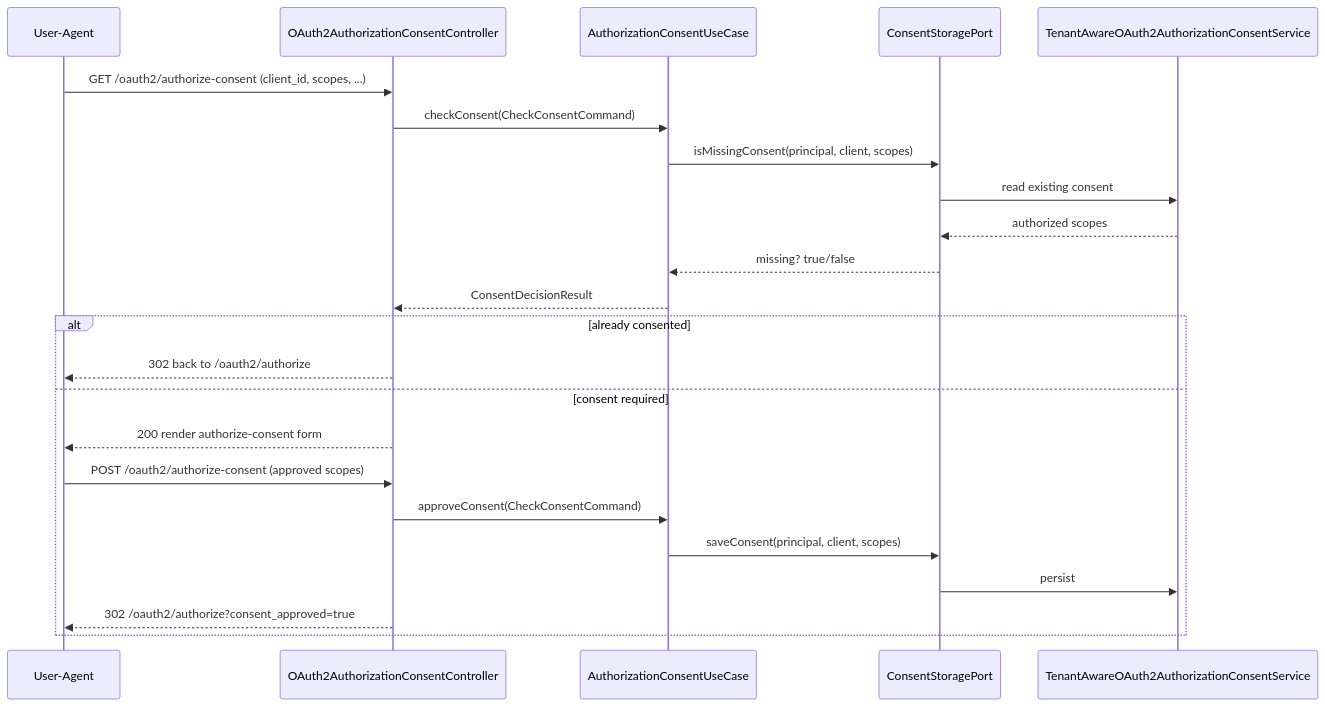
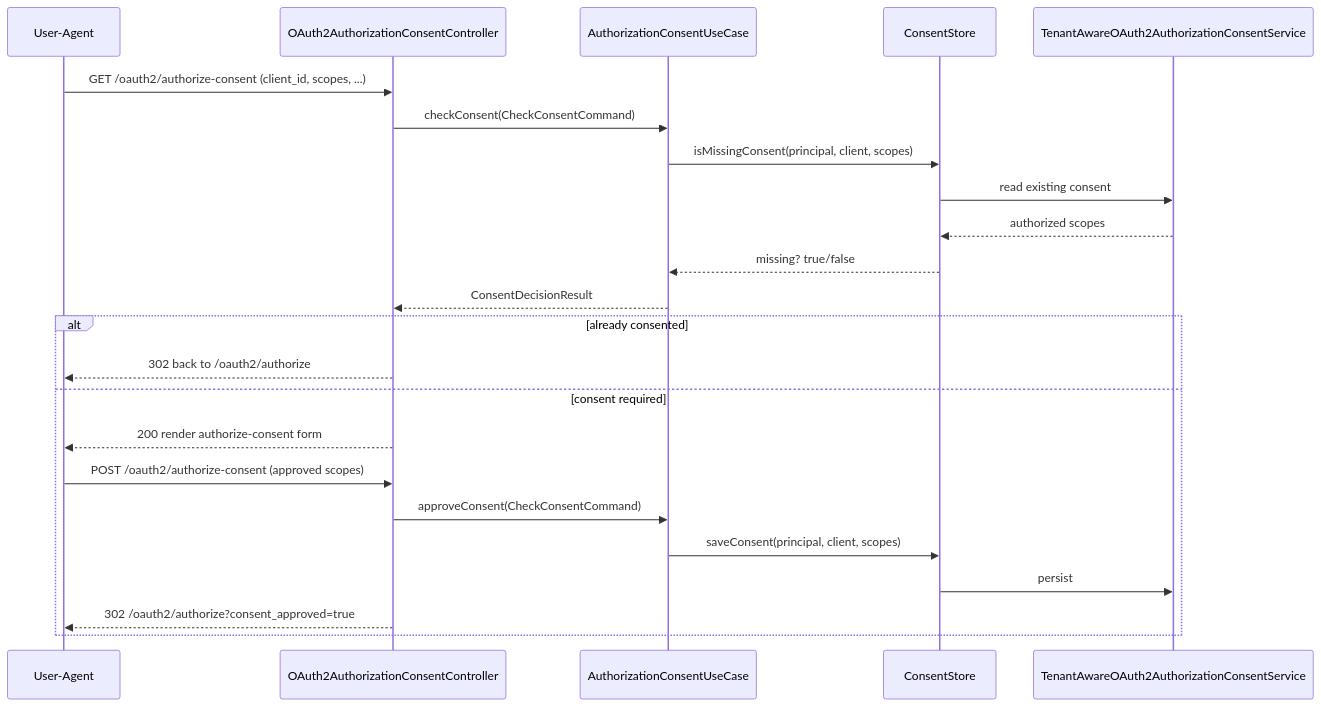
One commit to edmaputra/ed-auth changed the diagram in documentation/features/08-consent.md. Above: the diagram before and after it, drawn with Mermaid. The commit also changed other lines of this file and 15 other files, not shown here.

````diff
--- a/documentation/features/08-consent.md
+++ b/documentation/features/08-consent.md
@@ -80,26 +80,26 @@
 ```mermaid
 sequenceDiagram
     participant UA as User-Agent
     participant Ctrl as OAuth2AuthorizationConsentController
     participant UC as AuthorizationConsentUseCase
-    participant CS as ConsentStoragePort
+    participant CS as ConsentStore
     participant Store as TenantAwareOAuth2AuthorizationConsentService
 
     UA->>Ctrl: GET /oauth2/authorize-consent (client_id, scopes, ...)
     Ctrl->>UC: checkConsent(CheckConsentCommand)
     UC->>CS: isMissingConsent(principal, client, scopes)
     CS->>Store: read existing consent
     Store-->>CS: authorized scopes
     CS-->>UC: missing? true/false
     UC-->>Ctrl: ConsentDecisionResult
     alt already consented
         Ctrl-->>UA: 302 back to /oauth2/authorize
     else consent required
         Ctrl-->>UA: 200 render authorize-consent form
         UA->>Ctrl: POST /oauth2/authorize-consent (approved scopes)
         Ctrl->>UC: approveConsent(CheckConsentCommand)
         UC->>CS: saveConsent(principal, client, scopes)
         CS->>Store: persist
         Ctrl-->>UA: 302 /oauth2/authorize?consent_approved=true
     end
 ```
````
